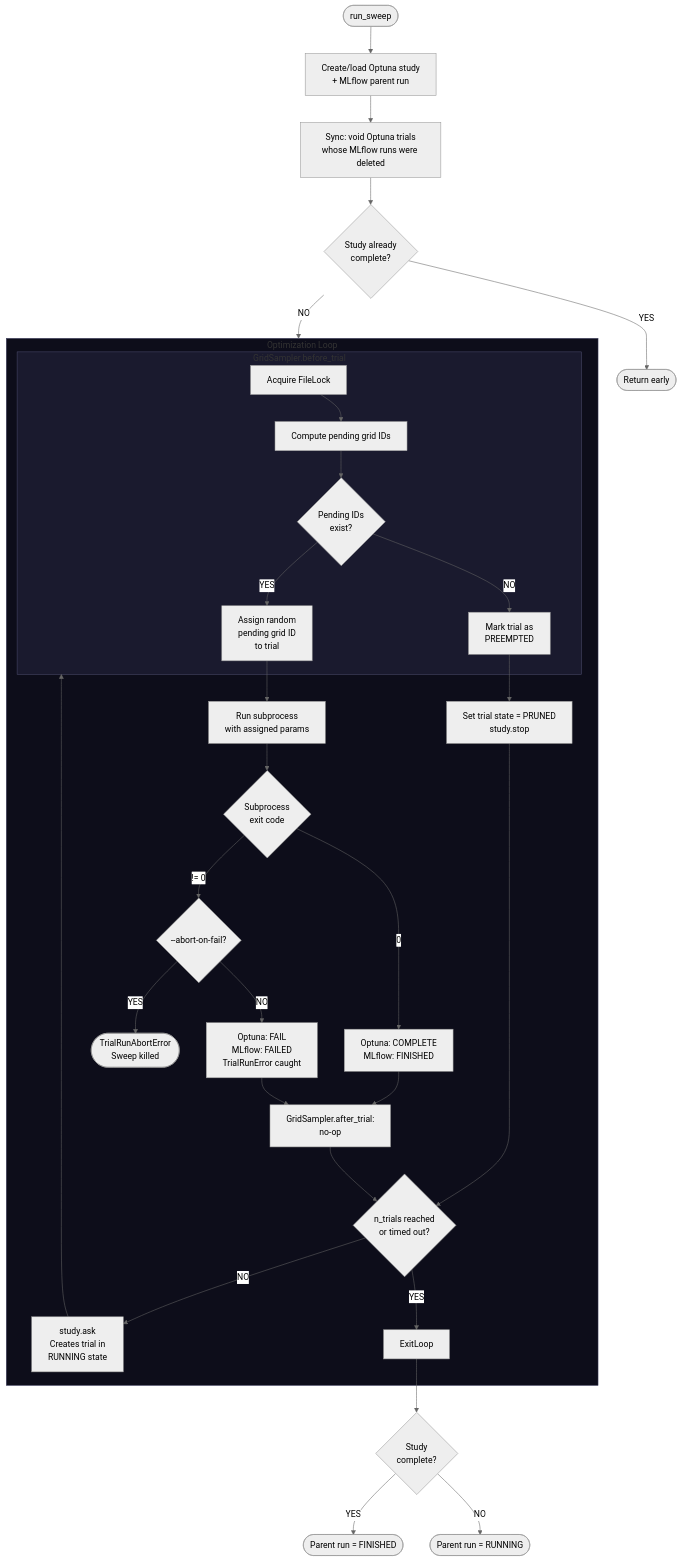
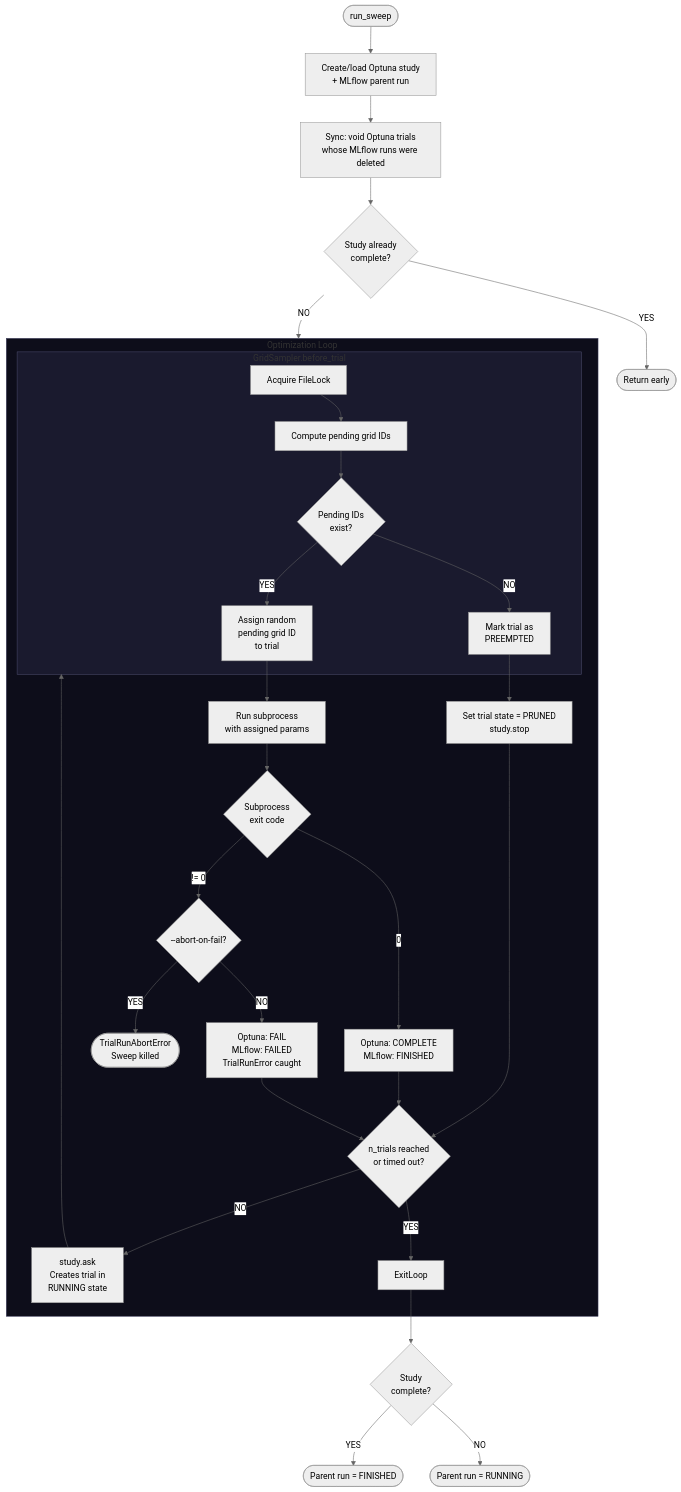
The diagram in src/mlflow_sweeper/samplers/README.md (ejmejm/mlflow-sweeper), drawn with Mermaid (neutral theme) before and after one commit. The commit also changed other lines of this file, not shown here.

Commit message:
Better documentation on grid sampler

````diff
--- a/src/mlflow_sweeper/samplers/README.md
+++ b/src/mlflow_sweeper/samplers/README.md
@@ -75,44 +44,43 @@
 ```mermaid
 flowchart TD
     Start([run_sweep]) --> Init[Create/load Optuna study<br>+ MLflow parent run]
     Init --> Sync[Sync: void Optuna trials<br>whose MLflow runs were deleted]
     Sync --> Complete{Study already<br>complete?}
     Complete -- YES --> DoneEarly([Return early])
     Complete -- NO --> Loop
 
     subgraph Loop [Optimization Loop]
         Ask[study.ask<br>Creates trial in<br>RUNNING state] --> BeforeTrial
 
         subgraph BeforeTrial [GridSampler.before_trial]
             Lock[Acquire FileLock] --> Pending[Compute pending grid IDs]
             Pending --> HasPending{Pending IDs<br>exist?}
             HasPending -- YES --> Assign[Assign random<br>pending grid ID<br>to trial]
             HasPending -- NO --> Preempt[Mark trial as<br>PREEMPTED]
         end
 
         Assign --> RunSub[Run subprocess<br>with assigned params]
         Preempt --> PruneStop[Set trial state = PRUNED<br>study.stop]
         PruneStop --> NextIter
 
         RunSub --> ExitCode{Subprocess<br>exit code}
 
         ExitCode -- "0" --> Success[Optuna: COMPLETE<br>MLflow: FINISHED]
         ExitCode -- "!= 0" --> AbortCheck{--abort-on-fail?}
         AbortCheck -- YES --> Abort([TrialRunAbortError<br>Sweep killed])
         AbortCheck -- NO --> Fail[Optuna: FAIL<br>MLflow: FAILED<br>TrialRunError caught]
 
-        Success --> AfterTrial[GridSampler.after_trial:<br>no-op]
-        Fail --> AfterTrial
+        Success --> NextIter{n_trials reached<br>or timed out?}
+        Fail --> NextIter
 
-        AfterTrial --> NextIter{n_trials reached<br>or timed out?}
         NextIter -- NO --> Ask
         NextIter -- YES --> ExitLoop
     end
 
     ExitLoop --> ParentStatus{Study<br>complete?}
     ParentStatus -- YES --> Finished([Parent run = FINISHED])
     ParentStatus -- NO --> Running([Parent run = RUNNING])
 
     style BeforeTrial fill:#1a1a2e,stroke:#4a4a6a
     style Loop fill:#0d0d1a,stroke:#3a3a5a
 ```
````
